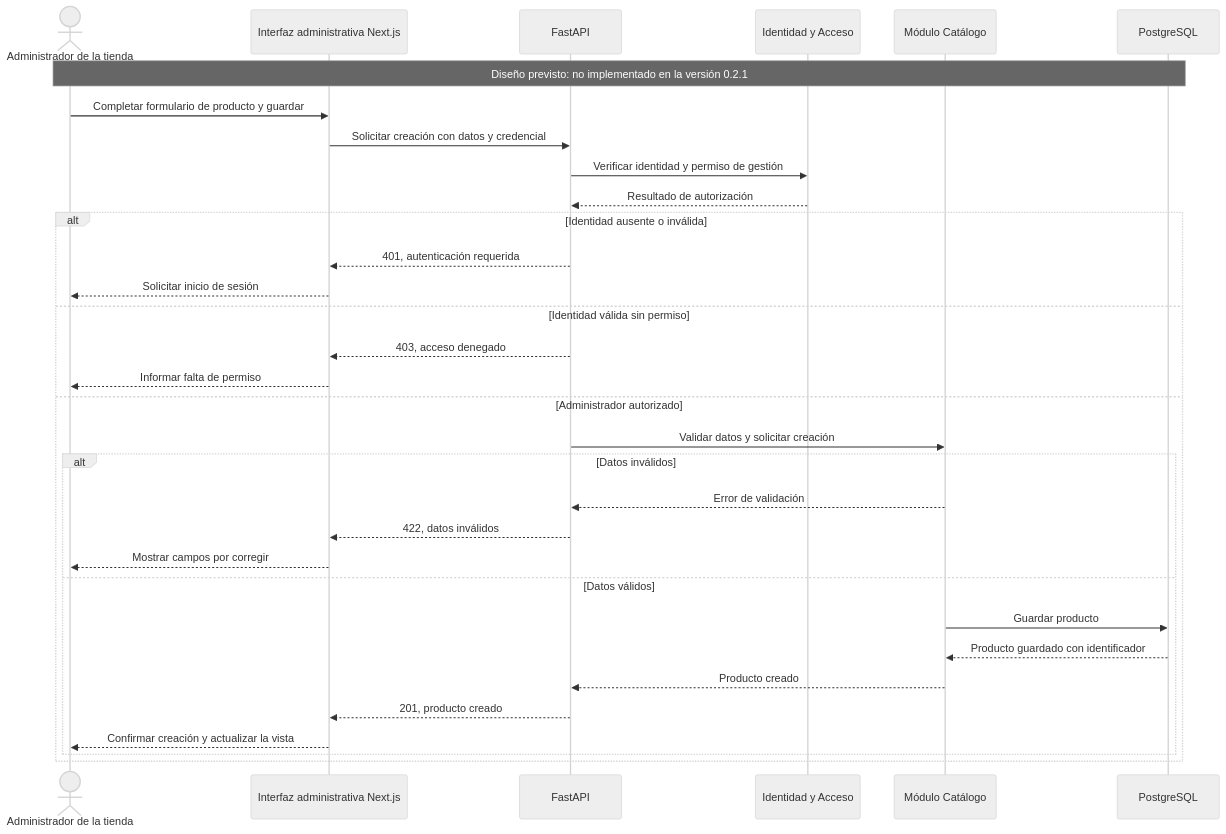
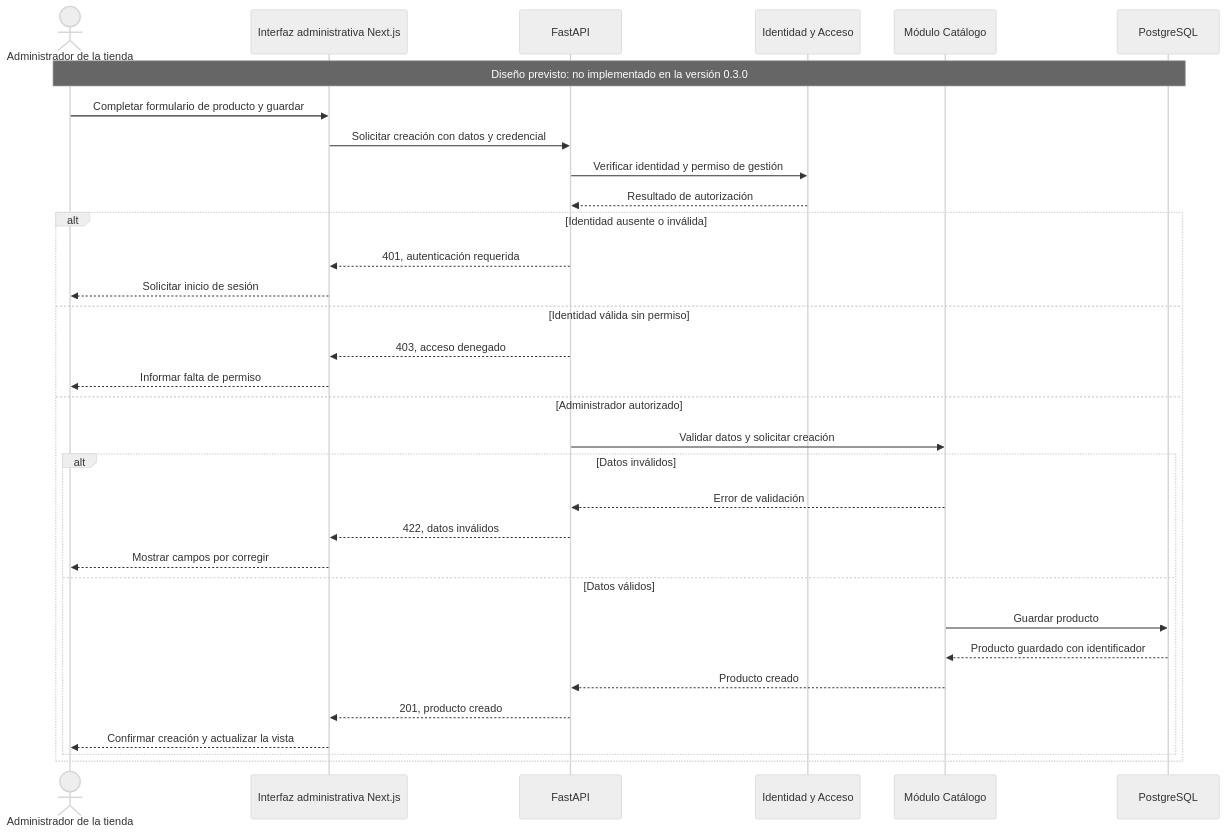
The second of 2 diagrams in docs/api/administracion-catalogo.md (ISCOUTB/AS_202620_TIENDA-VIRTUAL-UTB), drawn with Mermaid (neutral theme) before and after one commit. The commit also changed other lines of this file and 34 other files, not shown here.

````diff
--- a/docs/api/administracion-catalogo.md
+++ b/docs/api/administracion-catalogo.md
@@ -57,35 +57,35 @@
 ```mermaid
 sequenceDiagram
     actor Admin as Administrador de la tienda
     participant Web as Interfaz administrativa Next.js
     participant API as FastAPI
     participant Identity as Identidad y Acceso
     participant Catalogo as Módulo Catálogo
     participant BD as PostgreSQL
 
-    Note over Admin,BD: Diseño previsto: no implementado en la versión 0.2.1
+    Note over Admin,BD: Diseño previsto: no implementado en la versión 0.3.0
     Admin->>Web: Completar formulario de producto y guardar
     Web->>API: Solicitar creación con datos y credencial
     API->>Identity: Verificar identidad y permiso de gestión
     Identity-->>API: Resultado de autorización
     alt Identidad ausente o inválida
         API-->>Web: 401, autenticación requerida
         Web-->>Admin: Solicitar inicio de sesión
     else Identidad válida sin permiso
         API-->>Web: 403, acceso denegado
         Web-->>Admin: Informar falta de permiso
     else Administrador autorizado
         API->>Catalogo: Validar datos y solicitar creación
         alt Datos inválidos
             Catalogo-->>API: Error de validación
             API-->>Web: 422, datos inválidos
             Web-->>Admin: Mostrar campos por corregir
         else Datos válidos
             Catalogo->>BD: Guardar producto
             BD-->>Catalogo: Producto guardado con identificador
             Catalogo-->>API: Producto creado
             API-->>Web: 201, producto creado
             Web-->>Admin: Confirmar creación y actualizar la vista
         end
     end
 ```
````
